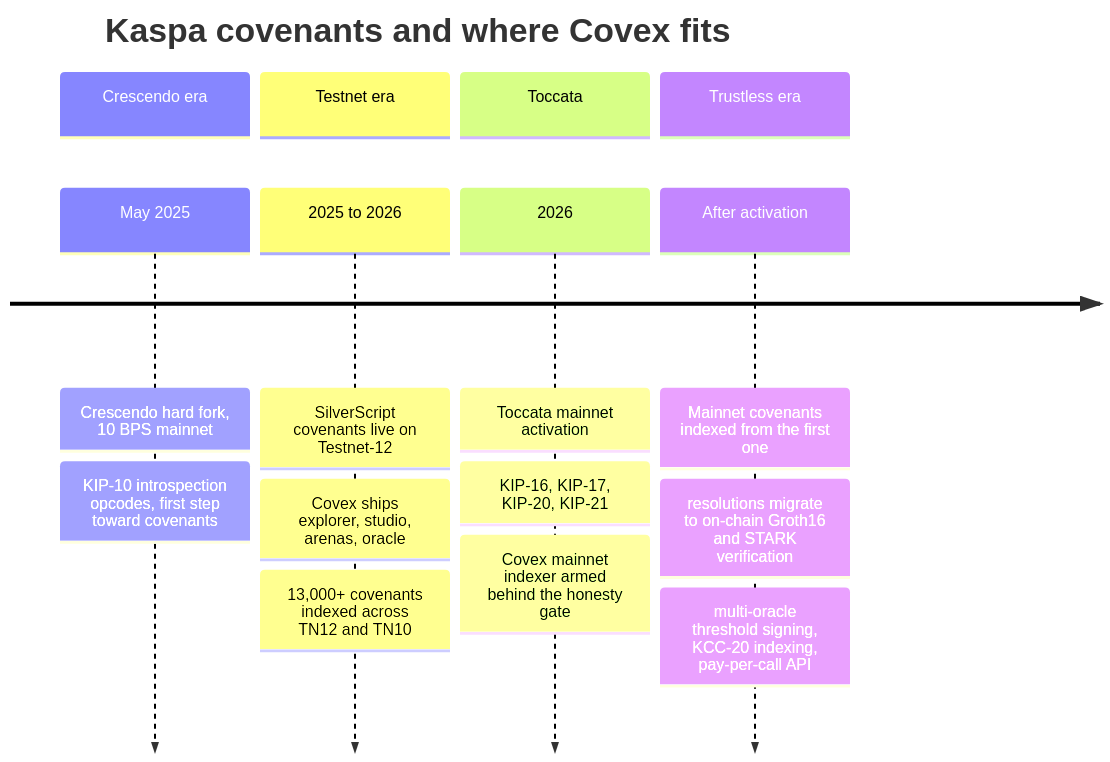
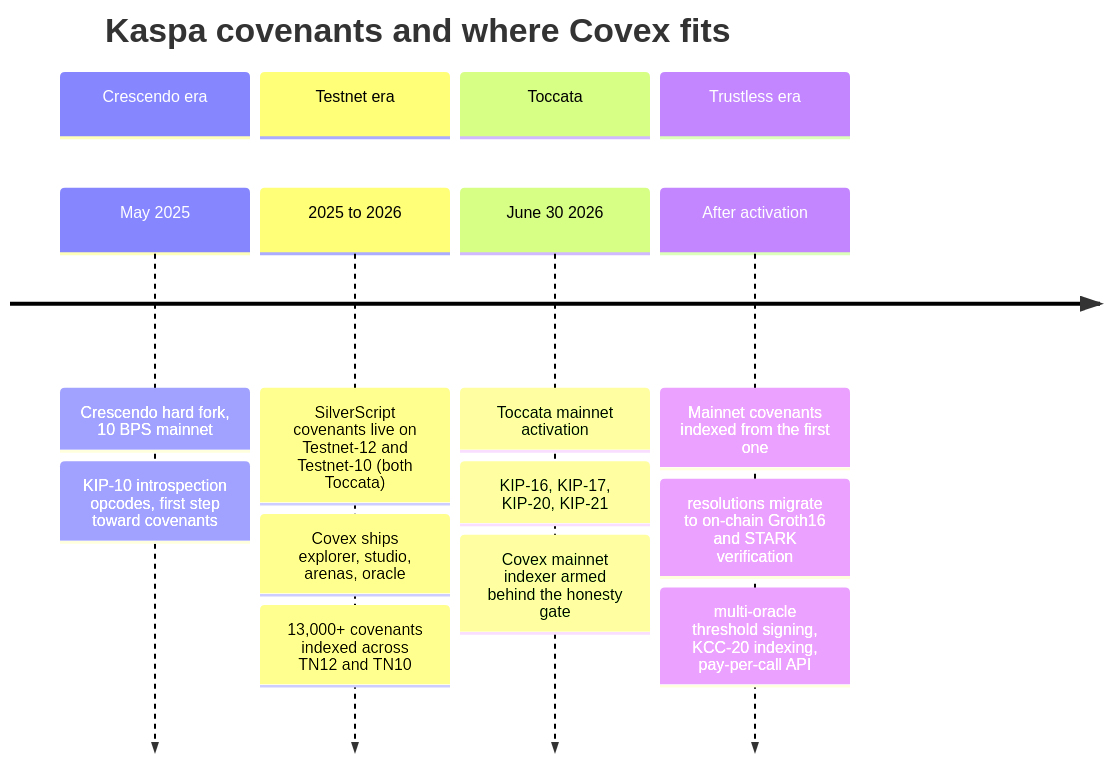
Before and after one commit to THTProtocol/Covex27: the fourth of 5 diagrams in README.md, drawn with Mermaid. The commit also changed other lines of this file and 5 other files, not shown here.

First line of the commit message:
Fix fake-logo placeholder + correct Toccata facts (June 30 2026, TN10 is Toccata)

````diff
--- a/README.md
+++ b/README.md
@@ -250,12 +250,12 @@
 ```mermaid
 timeline
     title Kaspa covenants and where Covex fits
     section Crescendo era
         May 2025 : Crescendo hard fork, 10 BPS mainnet : KIP-10 introspection opcodes, first step toward covenants
     section Testnet era
-        2025 to 2026 : SilverScript covenants live on Testnet-12 : Covex ships explorer, studio, arenas, oracle : 13,000+ covenants indexed across TN12 and TN10
+        2025 to 2026 : SilverScript covenants live on Testnet-12 and Testnet-10 (both Toccata) : Covex ships explorer, studio, arenas, oracle : 13,000+ covenants indexed across TN12 and TN10
     section Toccata
-        2026 : Toccata mainnet activation : KIP-16, KIP-17, KIP-20, KIP-21 : Covex mainnet indexer armed behind the honesty gate
+        June 30 2026 : Toccata mainnet activation : KIP-16, KIP-17, KIP-20, KIP-21 : Covex mainnet indexer armed behind the honesty gate
     section Trustless era
         After activation : Mainnet covenants indexed from the first one : resolutions migrate to on-chain Groth16 and STARK verification : multi-oracle threshold signing, KCC-20 indexing, pay-per-call API
 ```
````
